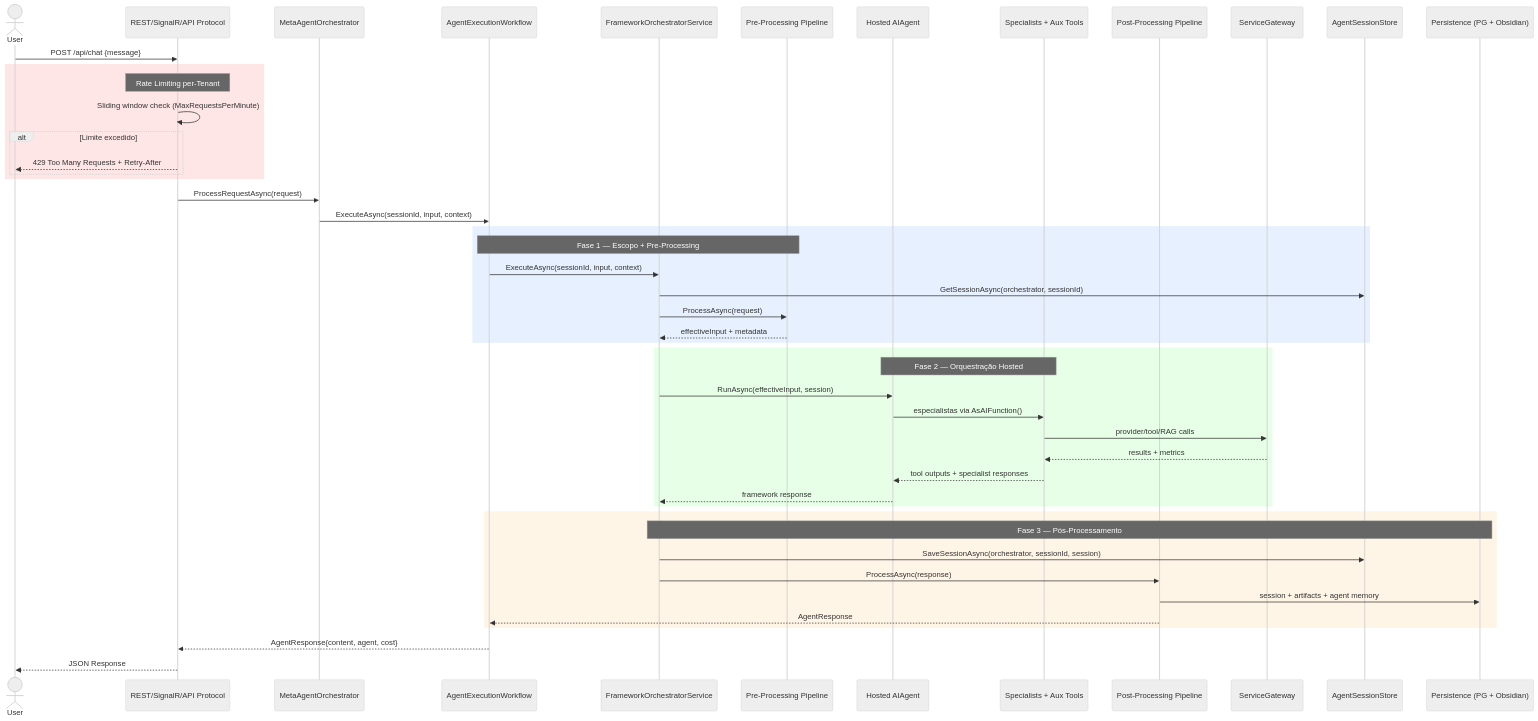
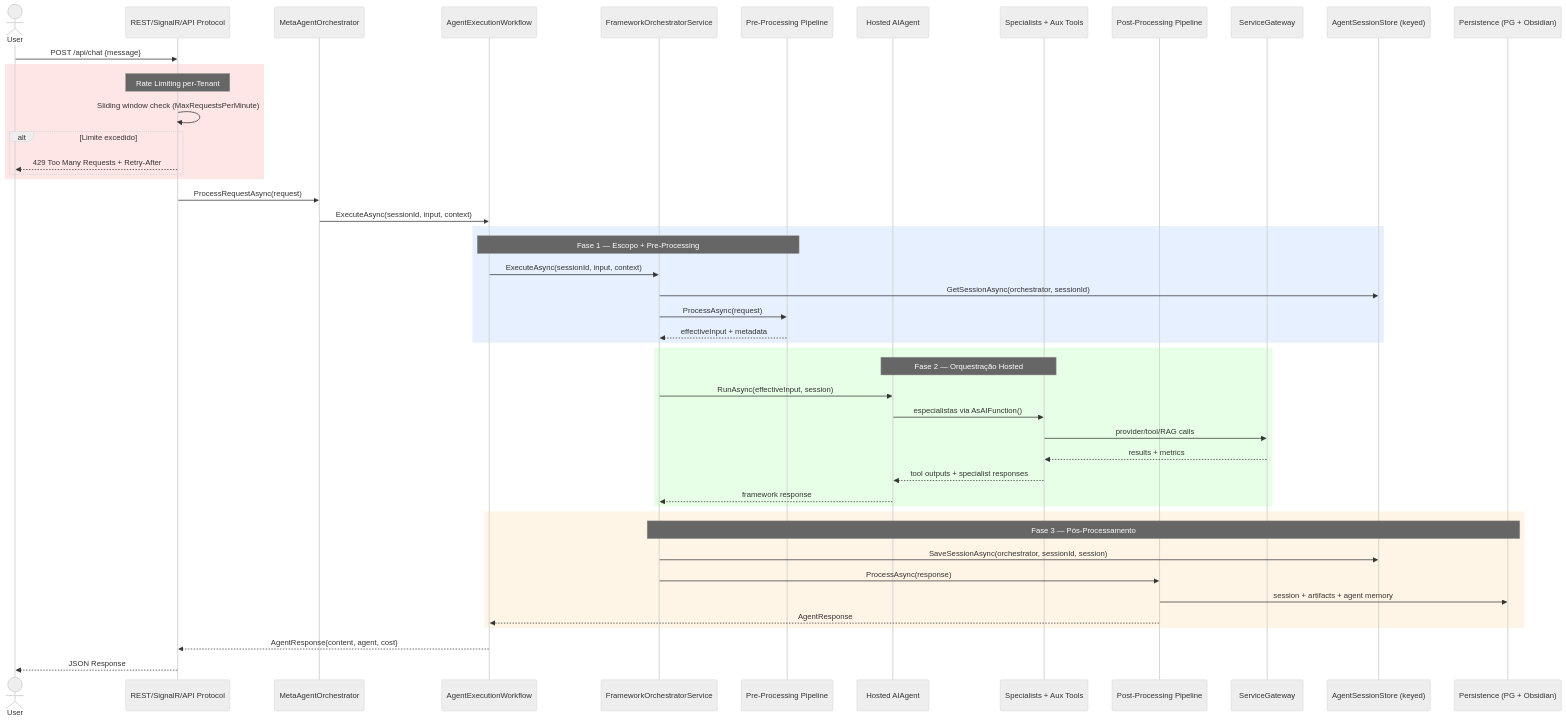
The second of 9 diagrams in docs/architecture/diagrams.md (JonathanBenicio/Agent-System), drawn with Mermaid (neutral theme) before and after one commit. The commit also changed other lines of this file and 21 other files, not shown here.

````diff
--- a/docs/architecture/diagrams.md
+++ b/docs/architecture/diagrams.md
@@ -97,57 +95,57 @@
 ```mermaid
 sequenceDiagram
     actor User
     participant API as REST/SignalR/API Protocol
     participant Meta as MetaAgentOrchestrator
     participant WF as AgentExecutionWorkflow
     participant Orch as FrameworkOrchestratorService
     participant Pre as Pre-Processing Pipeline
     participant Hosted as Hosted AIAgent
     participant Tools as Specialists + Aux Tools
     participant Post as Post-Processing Pipeline
     participant GW as ServiceGateway
-    participant Sess as AgentSessionStore
+    participant Sess as AgentSessionStore (keyed)
     participant Mem as Persistence (PG + Obsidian)
 
     User->>API: POST /api/chat {message}
 
     rect rgb(255, 230, 230)
         Note over API: Rate Limiting per-Tenant
         API->>API: Sliding window check (MaxRequestsPerMinute)
         alt Limite excedido
             API-->>User: 429 Too Many Requests + Retry-After
         end
     end
 
     API->>Meta: ProcessRequestAsync(request)
     Meta->>WF: ExecuteAsync(sessionId, input, context)
 
     rect rgb(230, 240, 255)
         Note over WF,Pre: Fase 1 — Escopo + Pre-Processing
         WF->>Orch: ExecuteAsync(sessionId, input, context)
         Orch->>Sess: GetSessionAsync(orchestrator, sessionId)
         Orch->>Pre: ProcessAsync(request)
         Pre-->>Orch: effectiveInput + metadata
     end
 
     rect rgb(230, 255, 230)
         Note over Hosted,Tools: Fase 2 — Orquestração Hosted
         Orch->>Hosted: RunAsync(effectiveInput, session)
         Hosted->>Tools: especialistas via AsAIFunction()
         Tools->>GW: provider/tool/RAG calls
         GW-->>Tools: results + metrics
         Tools-->>Hosted: tool outputs + specialist responses
         Hosted-->>Orch: framework response
     end
 
     rect rgb(255, 245, 230)
         Note over Orch,Mem: Fase 3 — Pós-Processamento
         Orch->>Sess: SaveSessionAsync(orchestrator, sessionId, session)
         Orch->>Post: ProcessAsync(response)
         Post->>Mem: session + artifacts + agent memory
         Post-->>WF: AgentResponse
     end
 
     WF-->>API: AgentResponse{content, agent, cost}
     API-->>User: JSON Response
 ```
````
